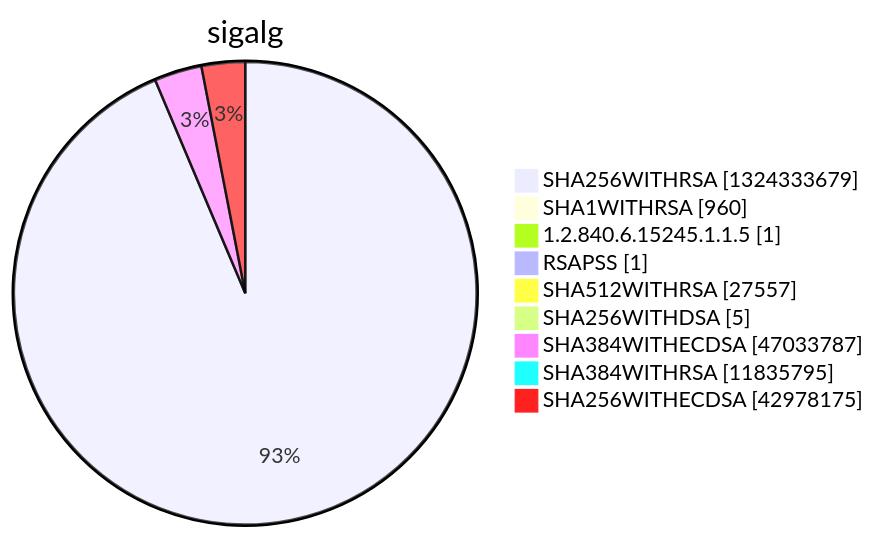
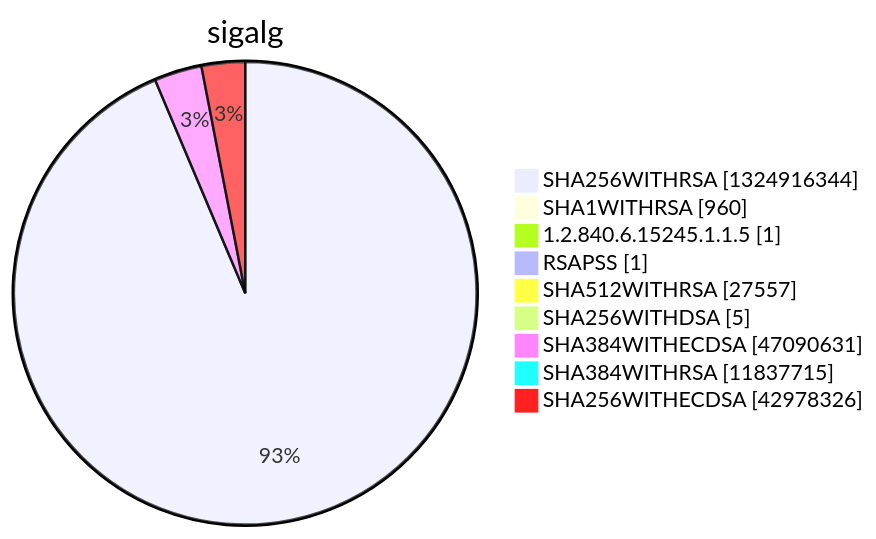
One commit to christiankrug/ctmonitor_visualization changed diagram 15 of 15 in argon2022/README.md. Above: the diagram before and after it, drawn with Mermaid. The commit also changed other lines of this file, not shown here.

````diff
--- a/argon2022/README.md
+++ b/argon2022/README.md
@@ -5524,13 +5524,13 @@
 ```mermaid
 pie showData
 title sigalg
-"SHA256WITHRSA" :1324333679
+"SHA256WITHRSA" :1324916344
 "SHA1WITHRSA" :960
 "1.2.840.6.15245.1.1.5" :1
 "RSAPSS" :1
 "SHA512WITHRSA" :27557
 "SHA256WITHDSA" :5
-"SHA384WITHECDSA" :47033787
-"SHA384WITHRSA" :11835795
-"SHA256WITHECDSA" :42978175
+"SHA384WITHECDSA" :47090631
+"SHA384WITHRSA" :11837715
+"SHA256WITHECDSA" :42978326
 ```
````
